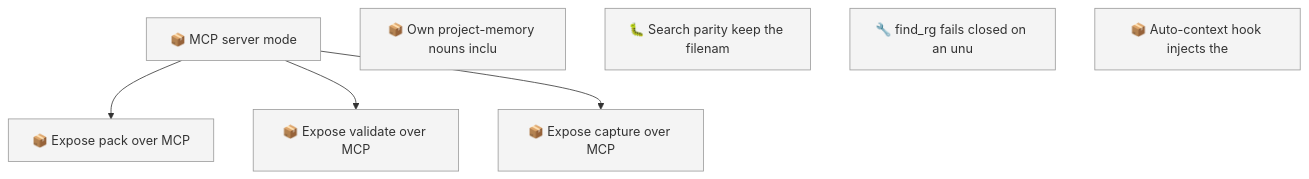
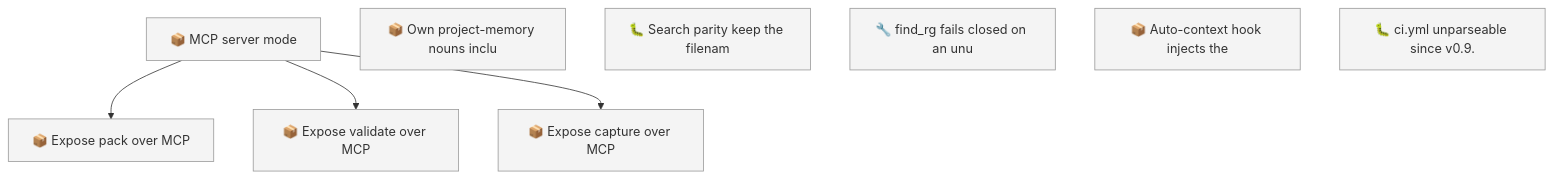
The first of 2 diagrams in docs/roadmap.md (SpillwaveSolutions/project-knowledge-capture), drawn with Mermaid before and after one commit. The commit also changed other lines of this file and 2 other files, not shown here.

First line of the commit message:
fix(ci): make ci.yml parseable again so the test job runs (01M2XDNSSH9CY0BYKQCB87E9A3)

````diff
--- a/docs/roadmap.md
+++ b/docs/roadmap.md
@@ -69,16 +71,17 @@
 ```mermaid
 graph TD
     01KZ75NQCMYGFYRCVJATEBVBRB["📦 MCP server mode"]
     01KZ75R3EXEG4GVGRP2S9CCKZ4["📦 Expose pack over MCP"]
     01KZ75R3M6BYQ643NKDCCSEEZC["📦 Expose validate over MCP"]
     01KZ75R3S2X1G4PCTGMMSR8BWA["📦 Expose capture over MCP"]
     01M0SZFFPWEVN9YX9D9RYZ1ZC1["📦 Own project-memory nouns inclu"]
     01M2XCVATPVGXTMP55VA9SB0B1["🐛 Search parity keep the filenam"]
     01M2XCVAWFZ005YCP1VDQX0GNV["🔧 find_rg fails closed on an unu"]
     01M2XCVAY85DP4XJD8F2Y5CV6G["📦 Auto-context hook injects the"]
+    01M2XDNSSH9CY0BYKQCB87E9A3["🐛 ci.yml unparseable since v0.9."]
     01KZ75NQCMYGFYRCVJATEBVBRB --> 01KZ75R3EXEG4GVGRP2S9CCKZ4
     01KZ75NQCMYGFYRCVJATEBVBRB --> 01KZ75R3M6BYQ643NKDCCSEEZC
     01KZ75NQCMYGFYRCVJATEBVBRB --> 01KZ75R3S2X1G4PCTGMMSR8BWA
     classDef todo fill:#f4f4f4,stroke:#999999
-    class 01KZ75NQCMYGFYRCVJATEBVBRB,01KZ75R3EXEG4GVGRP2S9CCKZ4,01KZ75R3M6BYQ643NKDCCSEEZC,01KZ75R3S2X1G4PCTGMMSR8BWA,01M0SZFFPWEVN9YX9D9RYZ1ZC1,01M2XCVATPVGXTMP55VA9SB0B1,01M2XCVAWFZ005YCP1VDQX0GNV,01M2XCVAY85DP4XJD8F2Y5CV6G todo
+    class 01KZ75NQCMYGFYRCVJATEBVBRB,01KZ75R3EXEG4GVGRP2S9CCKZ4,01KZ75R3M6BYQ643NKDCCSEEZC,01KZ75R3S2X1G4PCTGMMSR8BWA,01M0SZFFPWEVN9YX9D9RYZ1ZC1,01M2XCVATPVGXTMP55VA9SB0B1,01M2XCVAWFZ005YCP1VDQX0GNV,01M2XCVAY85DP4XJD8F2Y5CV6G,01M2XDNSSH9CY0BYKQCB87E9A3 todo
 ```
````
